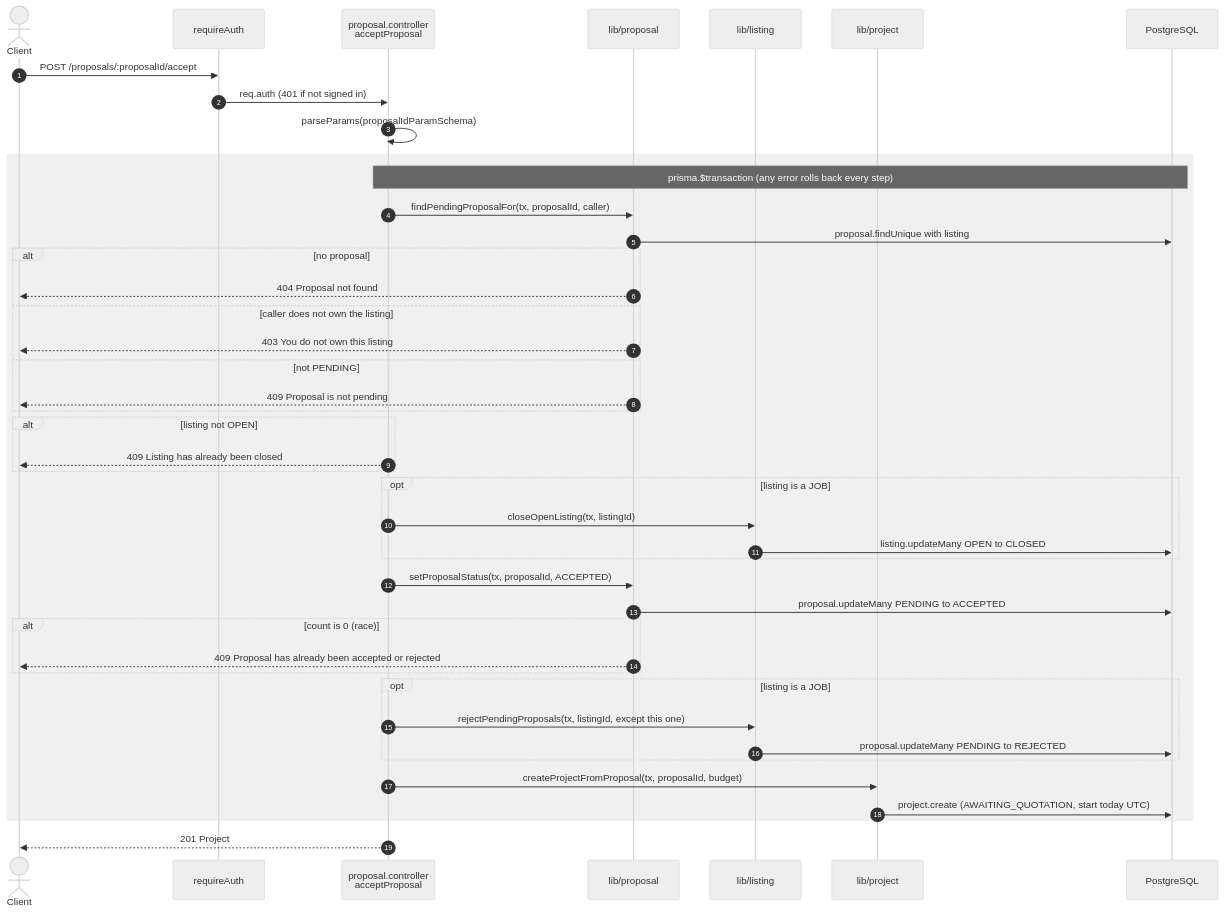
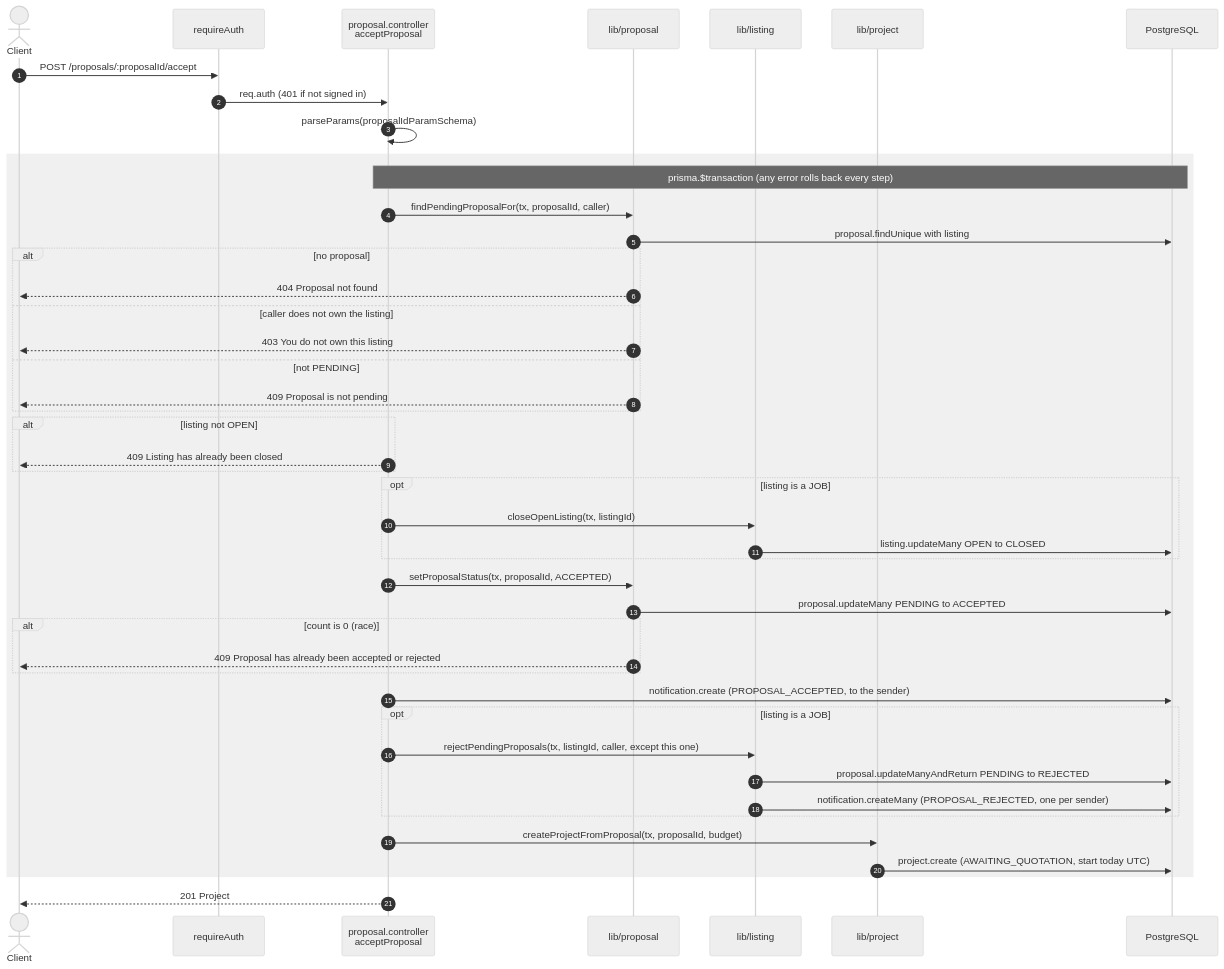
One commit to taofuuu/MangoDB changed the third of 4 diagrams in docs/api/proposals.md. Above: the diagram before and after it, drawn with Mermaid (neutral theme). The commit also changed other lines of this file and 9 other files, not shown here.

````diff
--- a/docs/api/proposals.md
+++ b/docs/api/proposals.md
@@ -76,46 +76,48 @@
 ```mermaid
 sequenceDiagram
     autonumber
     actor C as Client
     participant G as requireAuth
     participant Ctl as proposal.controller<br/>acceptProposal
     participant P as lib/proposal
     participant L as lib/listing
     participant Pr as lib/project
     participant DB as PostgreSQL
 
     C->>G: POST /proposals/:proposalId/accept
     G->>Ctl: req.auth (401 if not signed in)
     Ctl->>Ctl: parseParams(proposalIdParamSchema)
     rect rgba(128, 128, 128, 0.12)
         Note over Ctl,DB: prisma.$transaction (any error rolls back every step)
         Ctl->>P: findPendingProposalFor(tx, proposalId, caller)
         P->>DB: proposal.findUnique with listing
         alt no proposal
             P-->>C: 404 Proposal not found
         else caller does not own the listing
             P-->>C: 403 You do not own this listing
         else not PENDING
             P-->>C: 409 Proposal is not pending
         end
         alt listing not OPEN
             Ctl-->>C: 409 Listing has already been closed
         end
         opt listing is a JOB
             Ctl->>L: closeOpenListing(tx, listingId)
             L->>DB: listing.updateMany OPEN to CLOSED
         end
         Ctl->>P: setProposalStatus(tx, proposalId, ACCEPTED)
         P->>DB: proposal.updateMany PENDING to ACCEPTED
         alt count is 0 (race)
             P-->>C: 409 Proposal has already been accepted or rejected
         end
+        Ctl->>DB: notification.create (PROPOSAL_ACCEPTED, to the sender)
         opt listing is a JOB
-            Ctl->>L: rejectPendingProposals(tx, listingId, except this one)
-            L->>DB: proposal.updateMany PENDING to REJECTED
+            Ctl->>L: rejectPendingProposals(tx, listingId, caller, except this one)
+            L->>DB: proposal.updateManyAndReturn PENDING to REJECTED
+            L->>DB: notification.createMany (PROPOSAL_REJECTED, one per sender)
         end
         Ctl->>Pr: createProjectFromProposal(tx, proposalId, budget)
         Pr->>DB: project.create (AWAITING_QUOTATION, start today UTC)
     end
     Ctl-->>C: 201 Project
 ```
````
